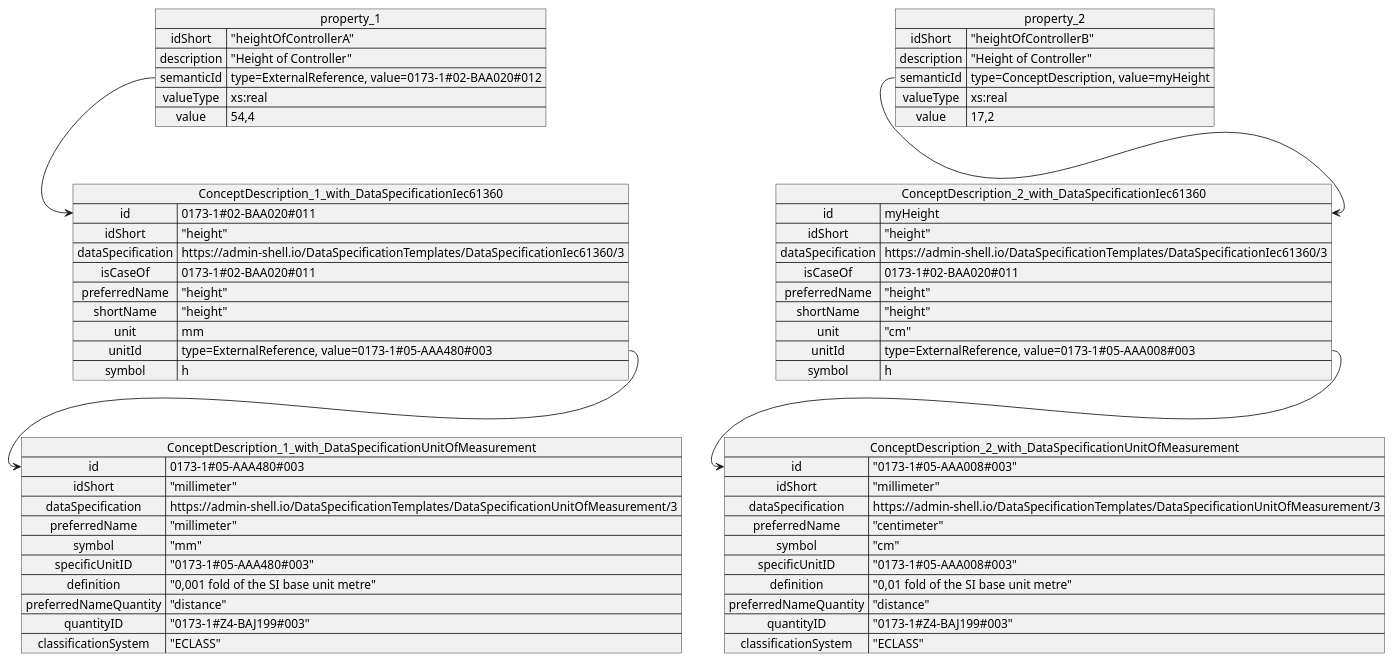
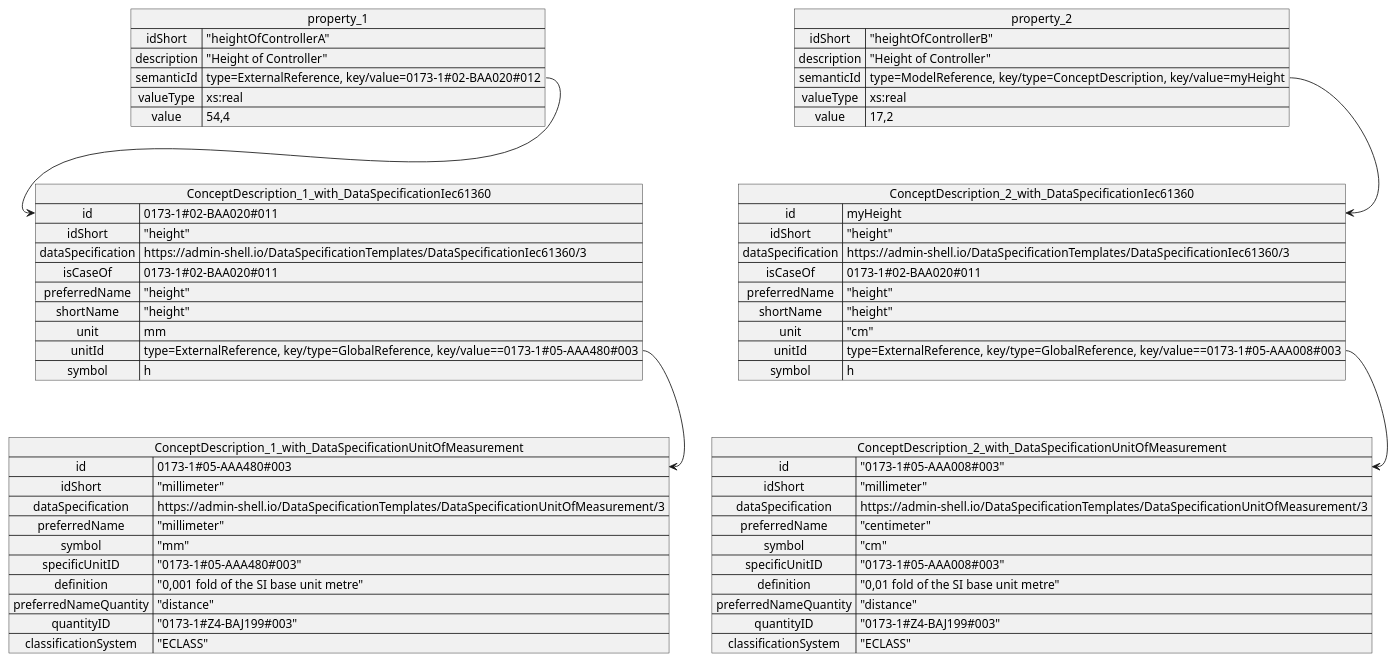
The third of 3 diagrams in documentation/IDTA-01003-b/modules/ROOT/pages/introduction.adoc (admin-shell-io/aas-specs-measurement-units), drawn with PlantUML before and after one commit. The commit also changed other lines of this file and 2 other files, not shown here.

```diff
--- a/documentation/IDTA-01003-b/modules/ROOT/pages/introduction.adoc
+++ b/documentation/IDTA-01003-b/modules/ROOT/pages/introduction.adoc
@@ -241,76 +243,76 @@
 [plantuml, image-ex-different-UoM, svg]
 ....
 @startuml
 map property_1 {
     idShort => "heightOfControllerA"
     description => "Height of Controller"
-    semanticId => type=ExternalReference, value=0173-1#02-BAA020#012
+    semanticId => type=ExternalReference, key/value=0173-1#02-BAA020#012
     valueType => xs:real
     value => 54,4
 }
 
 map property_2 {
     idShort => "heightOfControllerB"
     description => "Height of Controller"
-    semanticId => type=ConceptDescription, value=myHeight
+    semanticId => type=ModelReference, key/type=ConceptDescription, key/value=myHeight
     valueType => xs:real
     value => 17,2
 }
 
 map  ConceptDescription_1_with_DataSpecificationIec61360 {
   id => 0173-1#02-BAA020#011
   idShort => "height"
   dataSpecification => https://admin-shell.io/DataSpecificationTemplates/DataSpecificationIec61360/3
   isCaseOf => 0173-1#02-BAA020#011
   preferredName  => "height"
   shortName => "height"
   unit => mm
-  unitId => type=ExternalReference, value=0173-1#05-AAA480#003
+  unitId => type=ExternalReference, key/type=GlobalReference, key/value==0173-1#05-AAA480#003
   symbol => h
 }
 
 map  ConceptDescription_2_with_DataSpecificationIec61360 {
   id => myHeight
   idShort => "height"
   dataSpecification => https://admin-shell.io/DataSpecificationTemplates/DataSpecificationIec61360/3
   isCaseOf => 0173-1#02-BAA020#011
   preferredName  => "height"
   shortName => "height"
   unit => "cm"
-  unitId => type=ExternalReference, value=0173-1#05-AAA008#003
+  unitId => type=ExternalReference, key/type=GlobalReference, key/value==0173-1#05-AAA008#003
   symbol => h
 }
 
 map ConceptDescription_1_with_DataSpecificationUnitOfMeasurement {
   id => 0173-1#05-AAA480#003
   idShort => "millimeter"
   dataSpecification => https://admin-shell.io/DataSpecificationTemplates/DataSpecificationUnitOfMeasurement/3
   preferredName => "millimeter"
   symbol => "mm"
   specificUnitID => "0173-1#05-AAA480#003"
   definition => "0,001 fold of the SI base unit metre"
   preferredNameQuantity => "distance"
   quantityID => "0173-1#Z4-BAJ199#003"
   classificationSystem => "ECLASS"
 }
 
 map ConceptDescription_2_with_DataSpecificationUnitOfMeasurement {
   id => "0173-1#05-AAA008#003"
   idShort => "millimeter"
   dataSpecification => https://admin-shell.io/DataSpecificationTemplates/DataSpecificationUnitOfMeasurement/3
   preferredName => "centimeter"
   symbol => "cm"
   specificUnitID => "0173-1#05-AAA008#003"
   definition => "0,01 fold of the SI base unit metre"
   preferredNameQuantity => "distance"
   quantityID => "0173-1#Z4-BAJ199#003"
   classificationSystem => "ECLASS"
 }
 
 property_1::semanticId --> ConceptDescription_1_with_DataSpecificationIec61360::id
 property_2::semanticId --> ConceptDescription_2_with_DataSpecificationIec61360::id
 ConceptDescription_1_with_DataSpecificationIec61360::unitId --> ConceptDescription_1_with_DataSpecificationUnitOfMeasurement::id
 ConceptDescription_2_with_DataSpecificationIec61360::unitId --> ConceptDescription_2_with_DataSpecificationUnitOfMeasurement::id
 
 @enduml
 ....
```
